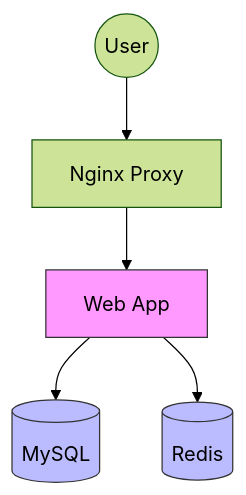
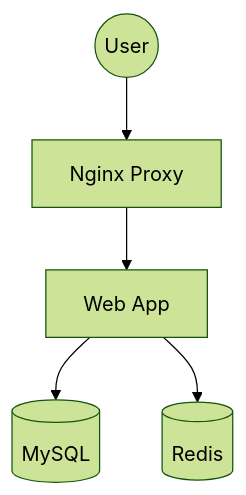
The diagram in docker/04-DockerCompose编排.md (Devliang24/bloghub), drawn with Mermaid (forest theme) before and after one commit. The commit also changed 8 other files, not shown here.

Commit message:
🎨 移除 Mermaid 流程图的节点颜色样式

````diff
--- a/docker/04-DockerCompose编排.md
+++ b/docker/04-DockerCompose编排.md
@@ -19,11 +19,8 @@
 ```mermaid
 graph TD
     User((User)) --> Nginx[Nginx Proxy]
     Nginx --> Web[Web App]
     Web --> DB[(MySQL)]
     Web --> Redis[(Redis)]
 
-    style Web fill:#f9f,stroke:#333
-    style DB fill:#bbf,stroke:#333
-    style Redis fill:#bbf,stroke:#333
 ```
````
